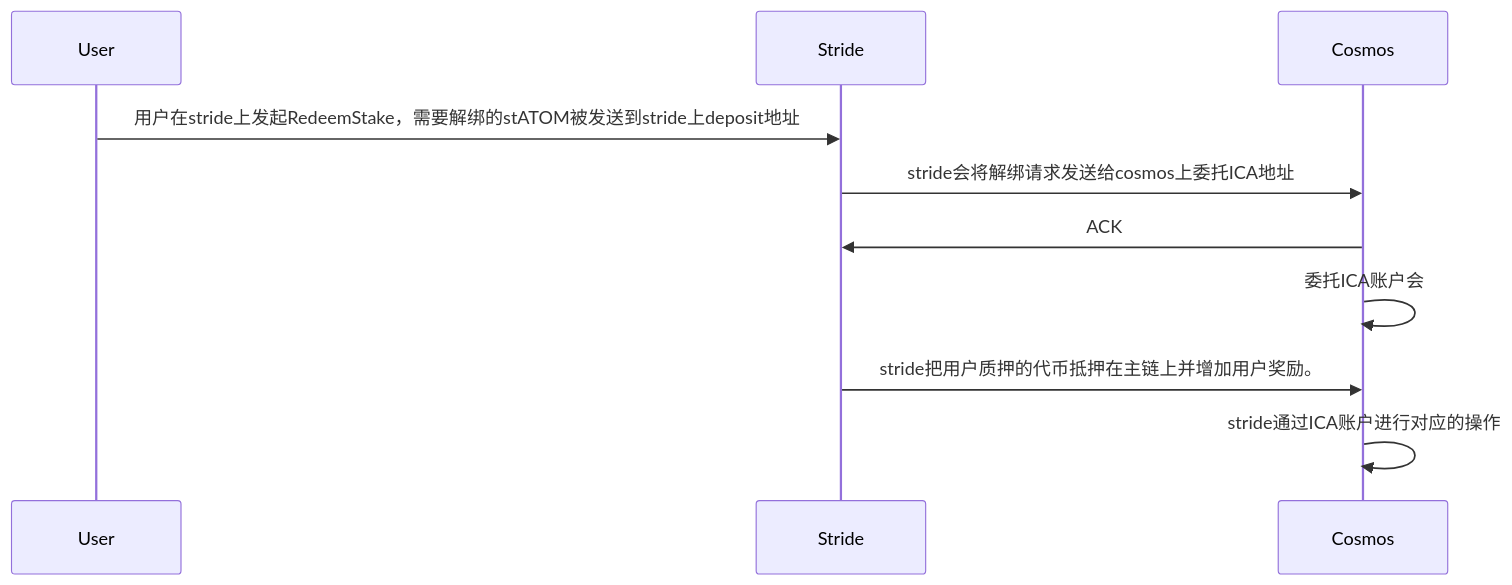
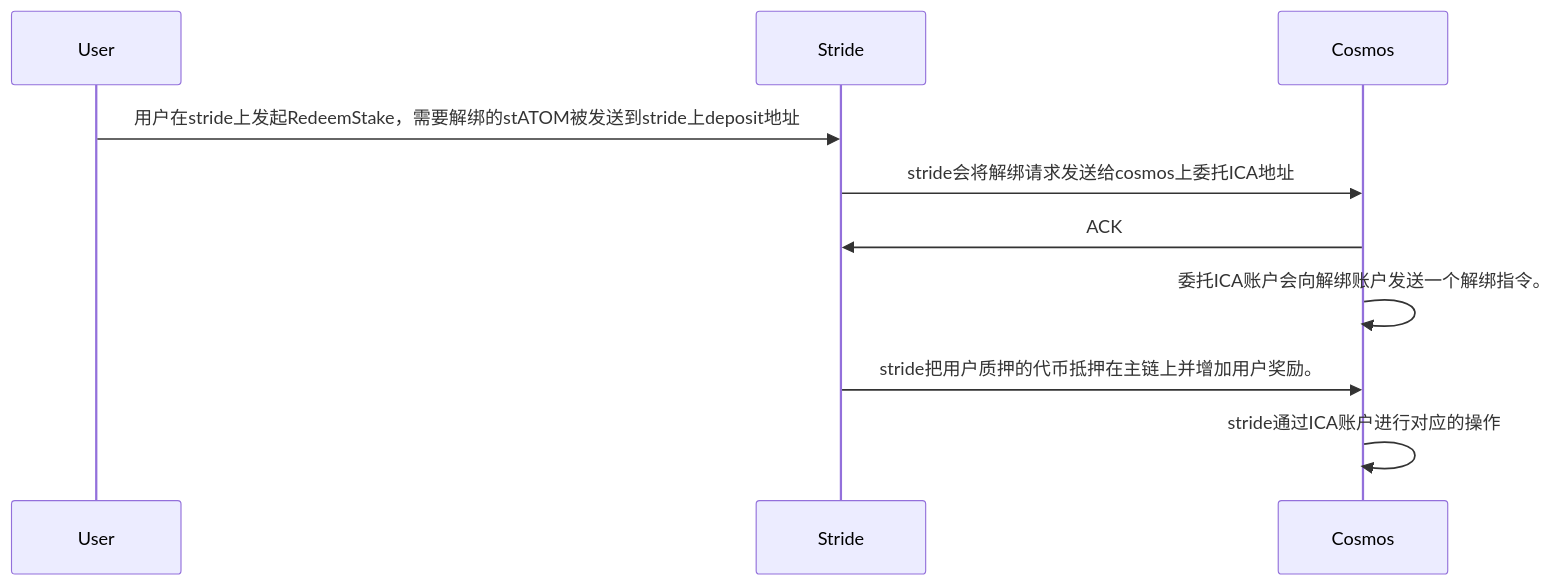
One commit to yingjianzh/iodraw-files changed the diagram in all/unbonding.md. Above: the diagram before and after it, drawn with Mermaid.

Commit message:
2024-03-28 15:14:13 update

````diff
--- a/all/unbonding.md
+++ b/all/unbonding.md
@@ -1,9 +1,9 @@
 ```mermaid
 sequenceDiagram
     User->>Stride: 用户在stride上发起RedeemStake，需要解绑的stATOM被发送到stride上deposit地址
     Stride->>Cosmos: stride会将解绑请求发送给cosmos上委托ICA地址
     Cosmos->>Stride: ACK
-    Cosmos->>Cosmos: 委托ICA账户会
+    Cosmos->>Cosmos: 委托ICA账户会向解绑账户发送一个解绑指令。
     Stride->>Cosmos: stride把用户质押的代币抵押在主链上并增加用户奖励。
     Cosmos->>Cosmos: stride通过ICA账户进行对应的操作
 ```
````
